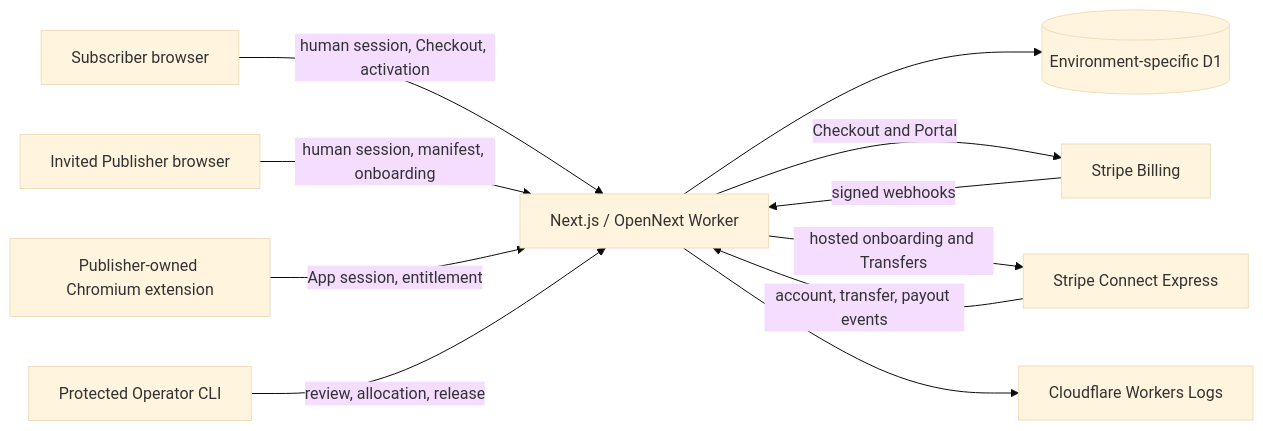
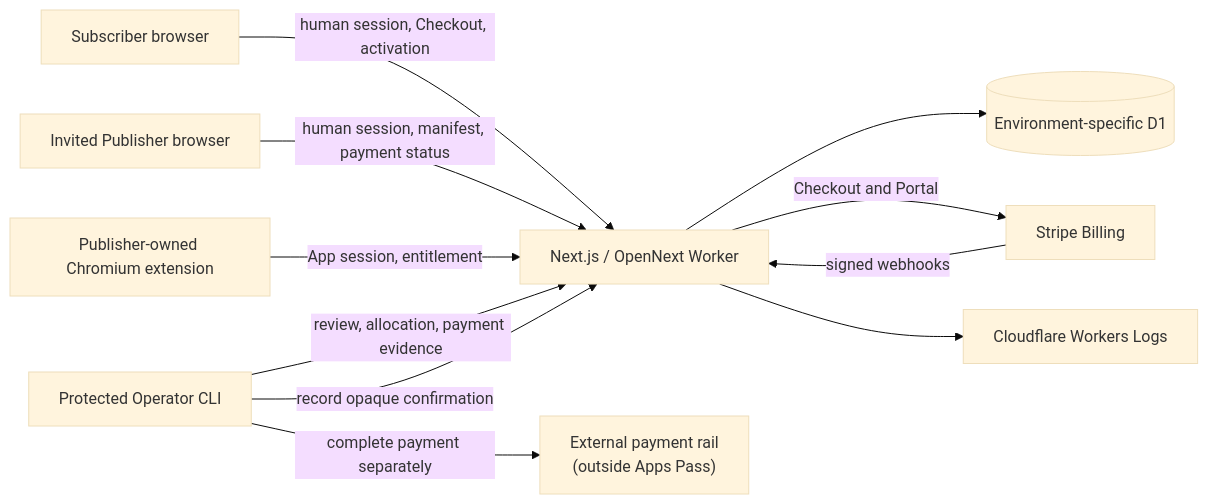
Before and after one commit to serpcompany/serp-pass: the first of 6 diagrams in ARCHITECTURE.md, drawn with Mermaid (base theme). The commit also changed other lines of this file and 27 other files, not shown here.

Commit message:
feat: simplify publisher payment operations

````diff
--- a/ARCHITECTURE.md
+++ b/ARCHITECTURE.md
@@ -9,23 +9,23 @@
 ```mermaid
 flowchart LR
     Subscriber["Subscriber browser"]
     Publisher["Invited Publisher browser"]
     Extension["Publisher-owned Chromium extension"]
     Operator["Protected Operator CLI"]
     App["Next.js / OpenNext Worker"]
     D1[("Environment-specific D1")]
     Billing["Stripe Billing"]
-    Connect["Stripe Connect Express"]
+    PaymentRail["External payment rail\n(outside Apps Pass)"]
     Logs["Cloudflare Workers Logs"]
 
     Subscriber -->|"human session, Checkout, activation"| App
-    Publisher -->|"human session, manifest, onboarding"| App
+    Publisher -->|"human session, manifest, payment status"| App
     Extension -->|"App session, entitlement"| App
-    Operator -->|"review, allocation, release"| App
+    Operator -->|"review, allocation, payment evidence"| App
     App --> D1
     App -->|"Checkout and Portal"| Billing
     Billing -->|"signed webhooks"| App
-    App -->|"hosted onboarding and Transfers"| Connect
-    Connect -->|"account, transfer, payout events"| App
+    Operator -->|"complete payment separately"| PaymentRail
+    Operator -->|"record opaque confirmation"| App
     App --> Logs
 ```
````
